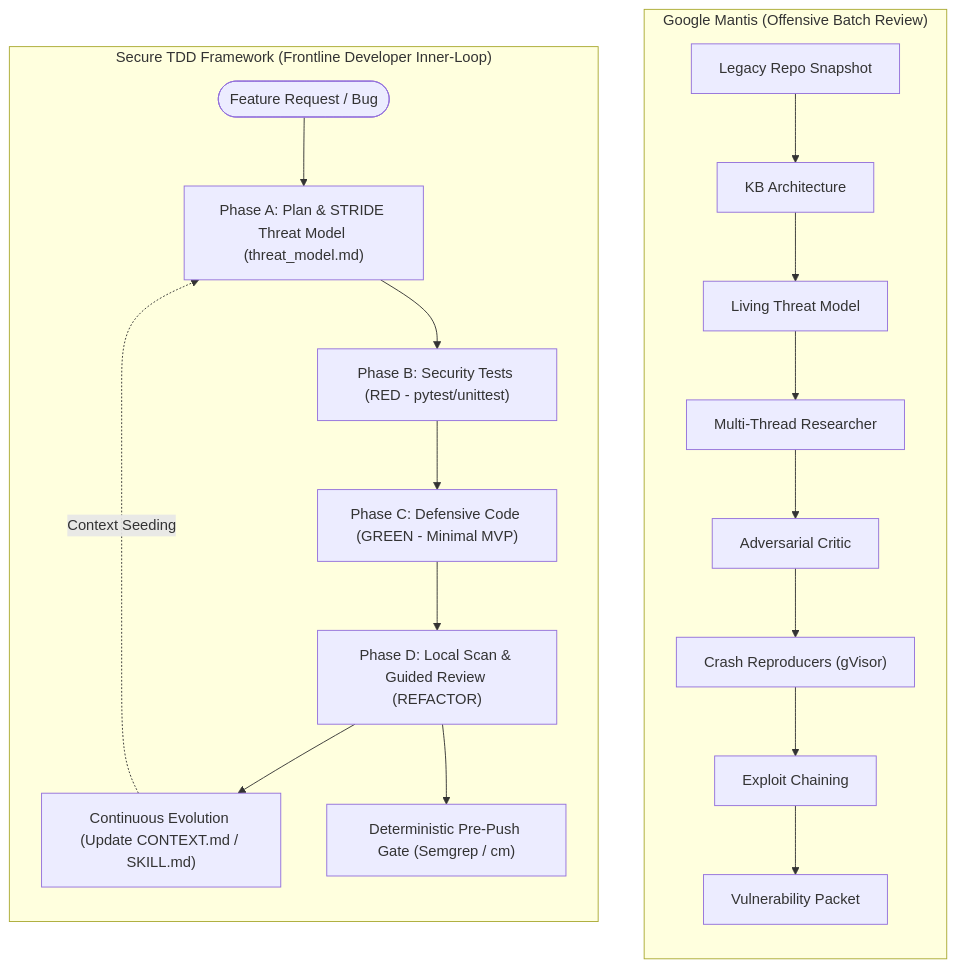
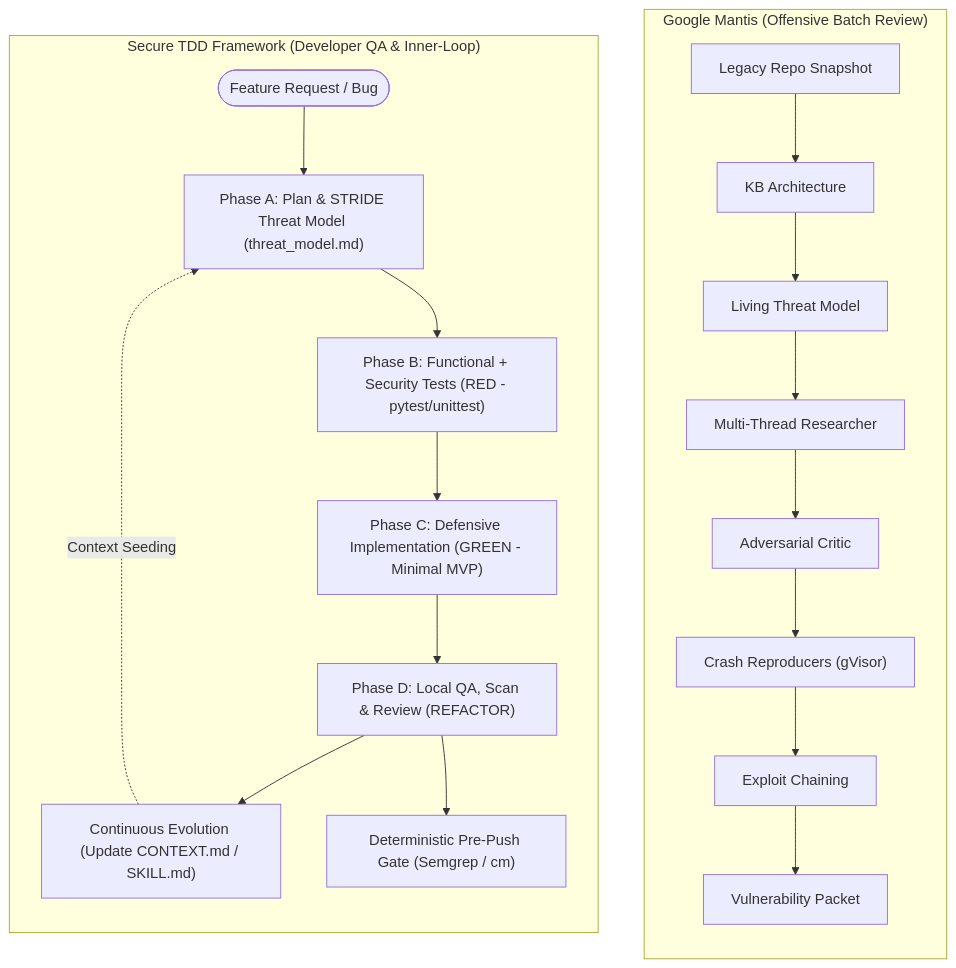
One commit to h3xar0n/secure-tdd-agent-framework changed the diagram in README.md. Above: the diagram before and after it, drawn with Mermaid. The commit also changed other lines of this file, not shown here.

Commit message:
docs: Reframe README to emphasize QA and functional TDD with integrated security

````diff
--- a/README.md
+++ b/README.md
@@ -22,24 +46,24 @@
 ```mermaid
 flowchart TD
     subgraph Mantis ["Google Mantis (Offensive Batch Review)"]
         direction TB
         M_In["Legacy Repo Snapshot"] --> M_Arch["KB Architecture"]
         M_Arch --> M_TM["Living Threat Model"]
         M_TM --> M_Sweep["Multi-Thread Researcher"]
         M_Sweep --> M_Crit["Adversarial Critic"]
         M_Crit --> M_PoC["Crash Reproducers (gVisor)"]
         M_PoC --> M_Chain["Exploit Chaining"]
         M_Chain --> M_Rpt["Vulnerability Packet"]
     end
 
-    subgraph SecureTDD ["Secure TDD Framework (Frontline Developer Inner-Loop)"]
+    subgraph SecureTDD ["Secure TDD Framework (Developer QA & Inner-Loop)"]
         direction TB
         DevReq(["Feature Request / Bug"]) --> S_Plan["Phase A: Plan & STRIDE Threat Model (threat_model.md)"]
-        S_Plan --> S_Red["Phase B: Security Tests (RED - pytest/unittest)"]
-        S_Red --> S_Green["Phase C: Defensive Code (GREEN - Minimal MVP)"]
-        S_Green --> S_Refactor["Phase D: Local Scan & Guided Review (REFACTOR)"]
+        S_Plan --> S_Red["Phase B: Functional + Security Tests (RED - pytest/unittest)"]
+        S_Red --> S_Green["Phase C: Defensive Implementation (GREEN - Minimal MVP)"]
+        S_Green --> S_Refactor["Phase D: Local QA, Scan & Review (REFACTOR)"]
         S_Refactor --> S_Evolve["Continuous Evolution (Update CONTEXT.md / SKILL.md)"]
         S_Evolve -.->|"Context Seeding"| S_Plan
         S_Refactor --> S_Push["Deterministic Pre-Push Gate (Semgrep / cm)"]
     end
 ```
````
